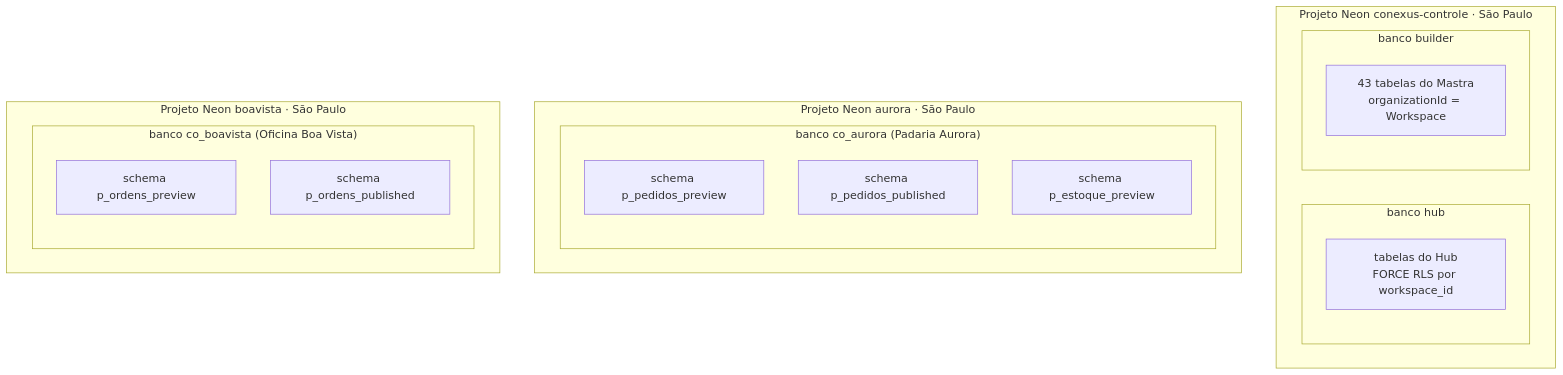
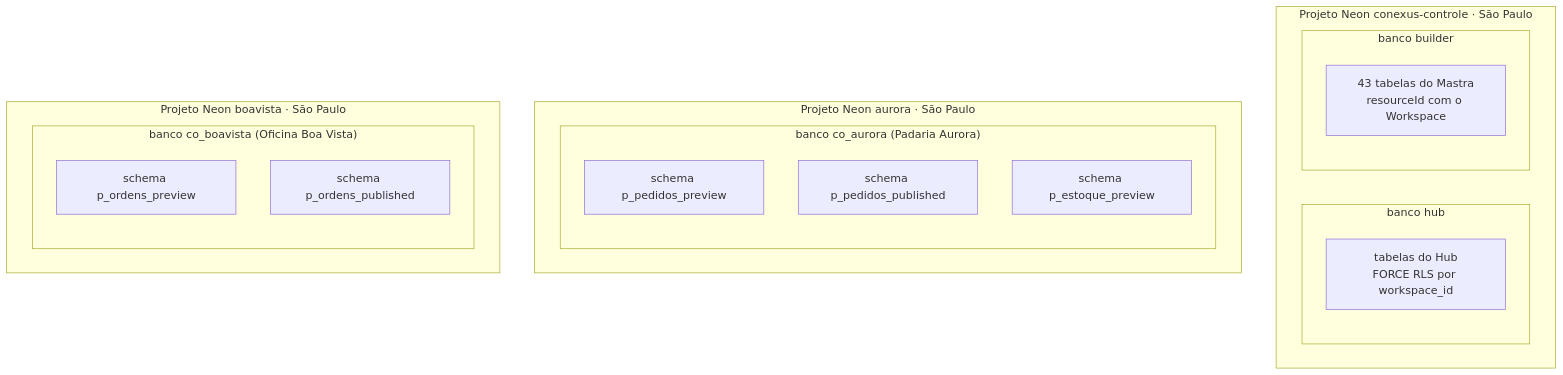
Before and after one commit to developmentconexus-ops/conexus-os: the second of 8 diagrams in docs/research/architecture/target-design.md, drawn with Mermaid. The commit also changed other lines of this file and 8 other files, not shown here.

````diff
--- a/docs/research/architecture/target-design.md
+++ b/docs/research/architecture/target-design.md
@@ -178,24 +178,24 @@
 ```mermaid
 flowchart TB
   subgraph ctl["Projeto Neon conexus-controle · São Paulo"]
     subgraph hubdb["banco hub"]
       h1["tabelas do Hub<br/>FORCE RLS por workspace_id"]
     end
     subgraph bdb["banco builder"]
-      b1["43 tabelas do Mastra<br/>organizationId = Workspace"]
+      b1["43 tabelas do Mastra<br/>resourceId com o Workspace"]
     end
   end
   subgraph pa["Projeto Neon aurora · São Paulo"]
     subgraph coA["banco co_aurora (Padaria Aurora)"]
       a1["schema p_pedidos_preview"]
       a2["schema p_pedidos_published"]
       a3["schema p_estoque_preview"]
     end
   end
   subgraph pb["Projeto Neon boavista · São Paulo"]
     subgraph coB["banco co_boavista (Oficina Boa Vista)"]
       b2["schema p_ordens_preview"]
       b3["schema p_ordens_published"]
     end
   end
 ```
````
